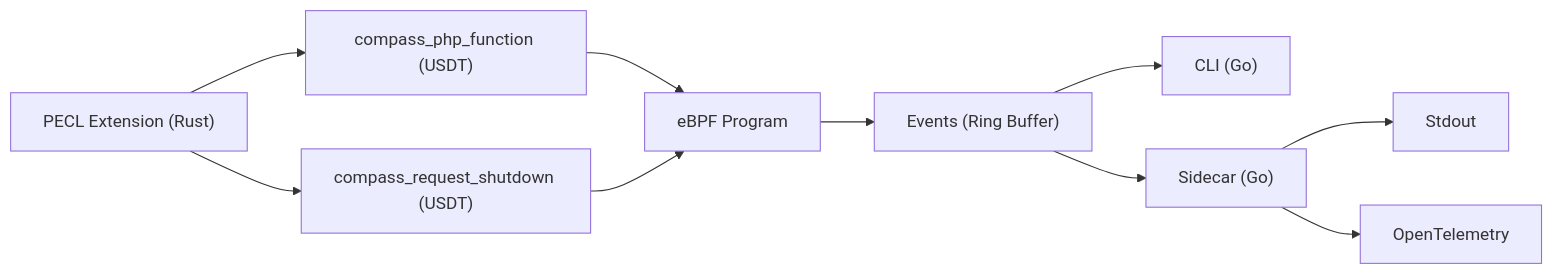
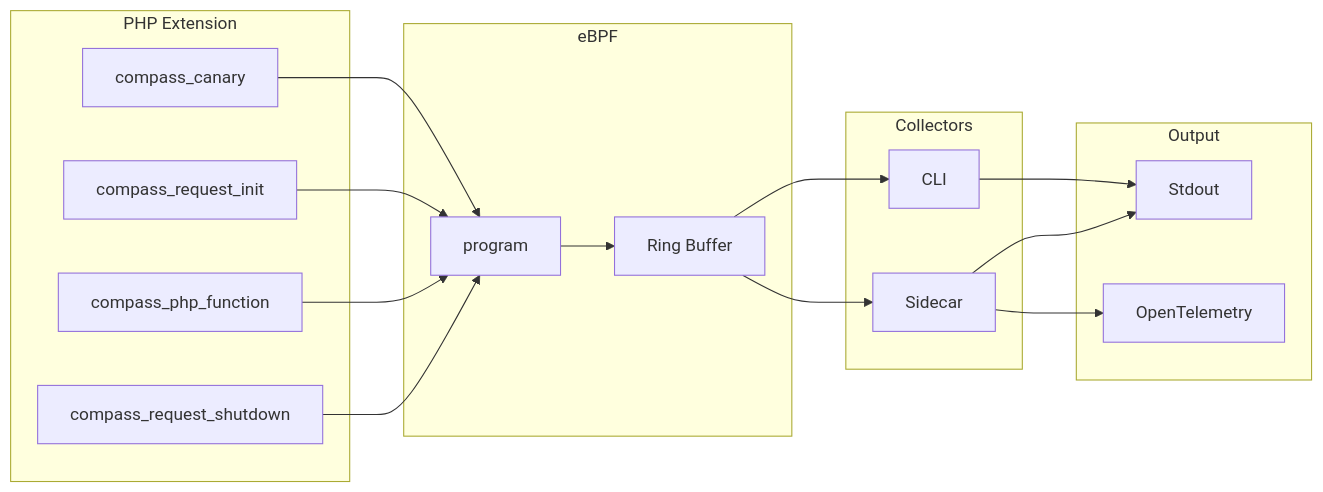
Before and after one commit to skpr/compass: the diagram in README.md, drawn with Mermaid. The commit also changed other lines of this file, not shown here.

````diff
--- a/README.md
+++ b/README.md
@@ -12,16 +12,38 @@
 ```mermaid
 flowchart LR
-   Extension["PECL Extension (Rust)"] --> compass_php_function["compass_php_function (USDT)"]
-   Extension --> compass_request_shutdown["compass_request_shutdown (USDT)"]
+  subgraph php_extension["PHP Extension"]
+    compass_canary
+    compass_request_init
+    compass_php_function
+    compass_request_shutdown
+  end
 
-   compass_php_function --> eBPF[eBPF Program]
-   compass_request_shutdown --> eBPF
+  subgraph eBPF      
+    program
+    ringbuf["Ring Buffer"]
 
-   eBPF --> Events["Events (Ring Buffer)"]
+    compass_canary --> program
+    compass_request_init --> program
+    compass_php_function --> program
+    compass_request_shutdown --> program
 
-   Events --> CLI["CLI (Go)"]
-   Events --> Sidecar["Sidecar (Go)"]
+    program --> ringbuf
+  end
 
-   Sidecar --> Stdout
-   Sidecar --> OpenTelemetry
+  subgraph Collectors
+    CLI
+    Sidecar
+  end
+
+  ringbuf --> CLI
+  ringbuf --> Sidecar
+
+  subgraph Output
+    Stdout
+    OpenTelemetry
+  end
+
+  CLI --> Stdout
+  Sidecar --> Stdout
+  Sidecar --> OpenTelemetry
 ```
````
